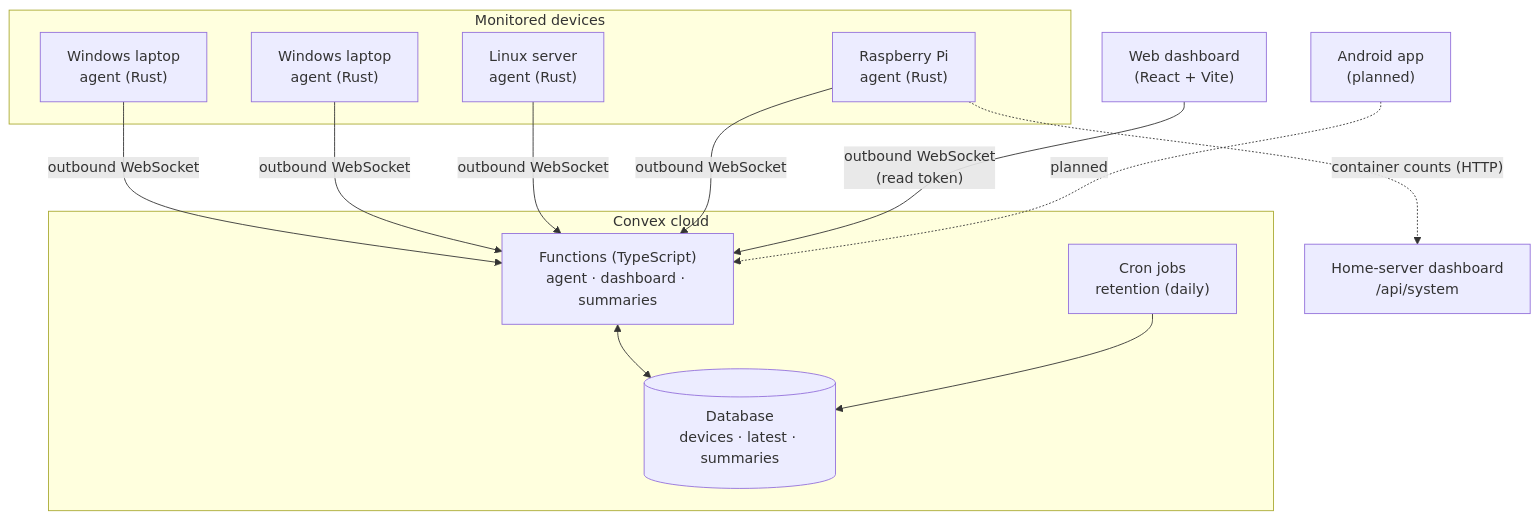
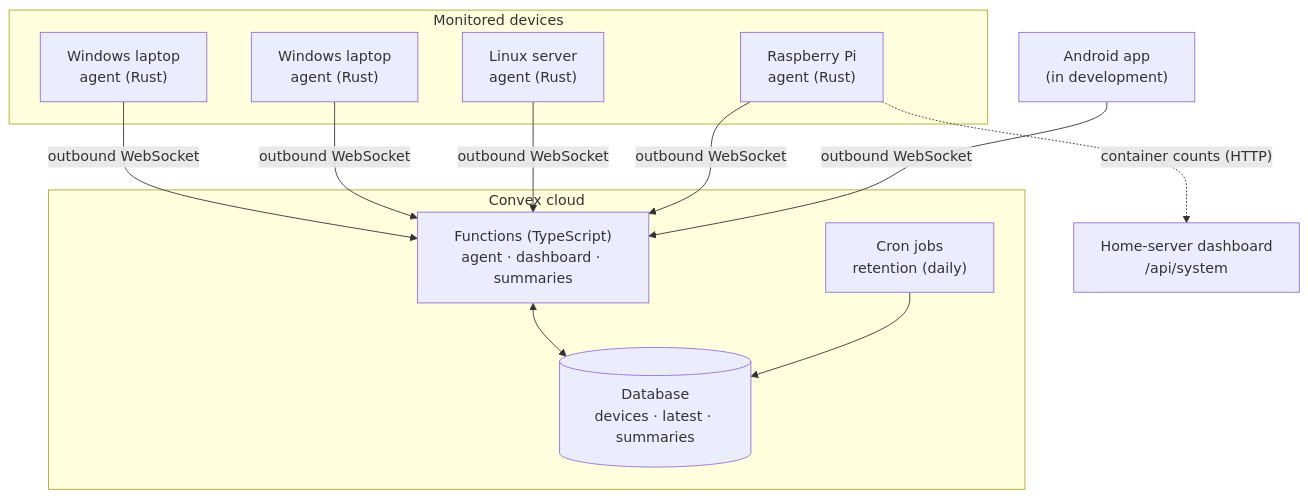
Before and after one commit to theallmyti/Nexus: the first of 6 diagrams in README.md, drawn with Mermaid. The commit also changed other lines of this file and 24 other files, not shown here.

````diff
--- a/README.md
+++ b/README.md
@@ -38,26 +38,24 @@
 ```mermaid
 flowchart TB
   subgraph Devices["Monitored devices"]
     W1["Windows laptop<br/>agent (Rust)"]
     W2["Windows laptop<br/>agent (Rust)"]
     L["Linux server<br/>agent (Rust)"]
     P["Raspberry Pi<br/>agent (Rust)"]
   end
 
   subgraph Cloud["Convex cloud"]
     FN["Functions (TypeScript)<br/>agent · dashboard · summaries"]
     DB[("Database<br/>devices · latest · summaries")]
     CR["Cron jobs<br/>retention (daily)"]
     FN <--> DB
     CR --> DB
   end
 
-  DASH["Web dashboard<br/>(React + Vite)"]
-  APP["Android app<br/>(planned)"]
+  APP["Android app<br/>(in development)"]
   HS["Home-server dashboard<br/>/api/system"]
 
   W1 & W2 & L & P -- "outbound WebSocket" --> FN
   P -. "container counts (HTTP)" .-> HS
-  DASH -- "outbound WebSocket<br/>(read token)" --> FN
-  APP -. "planned" .-> FN
+  APP -- "outbound WebSocket" --> FN
 ```
````
